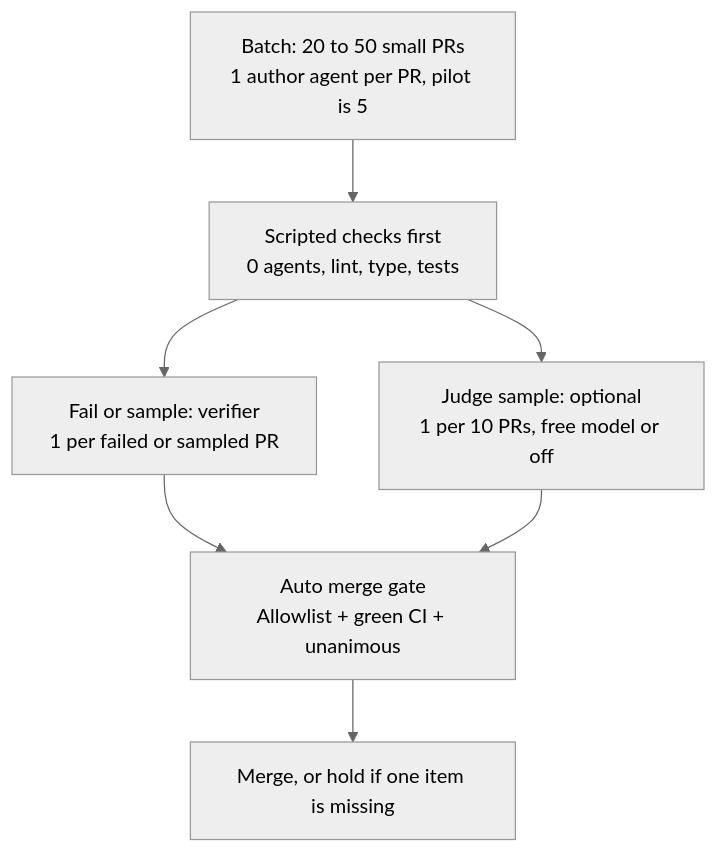
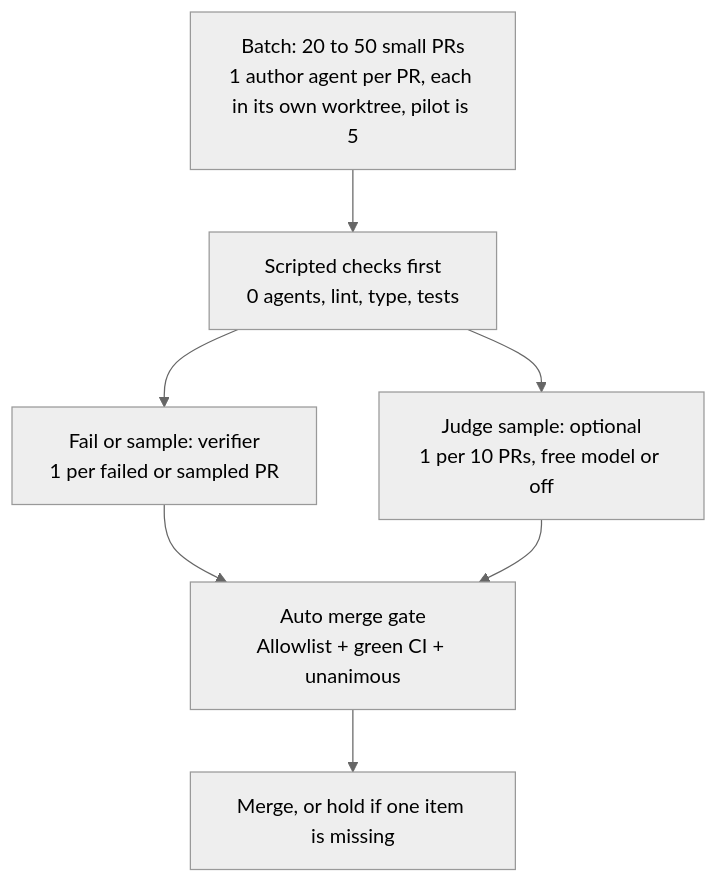
One commit to richardsondx/handover changed the third of 5 diagrams in README.md. Above: the diagram before and after it, drawn with Mermaid (neutral theme).

Commit message:
docs(fleet): state worktrees in README Mermaid diagram

````diff
--- a/README.md
+++ b/README.md
@@ -131,9 +131,9 @@
 ```mermaid
 flowchart TB
-    A[Batch: 20 to 50 small PRs<br>1 author agent per PR, pilot is 5] --> B[Scripted checks first<br>0 agents, lint, type, tests]
+    A[Batch: 20 to 50 small PRs<br>1 author agent per PR, each in its own worktree, pilot is 5] --> B[Scripted checks first<br>0 agents, lint, type, tests]
     B --> C[Fail or sample: verifier<br>1 per failed or sampled PR]
     B --> D[Judge sample: optional<br>1 per 10 PRs, free model or off]
     C --> E[Auto merge gate<br>Allowlist + green CI + unanimous]
     D --> E
     E --> F[Merge, or hold if one item is missing]
 ```
````
